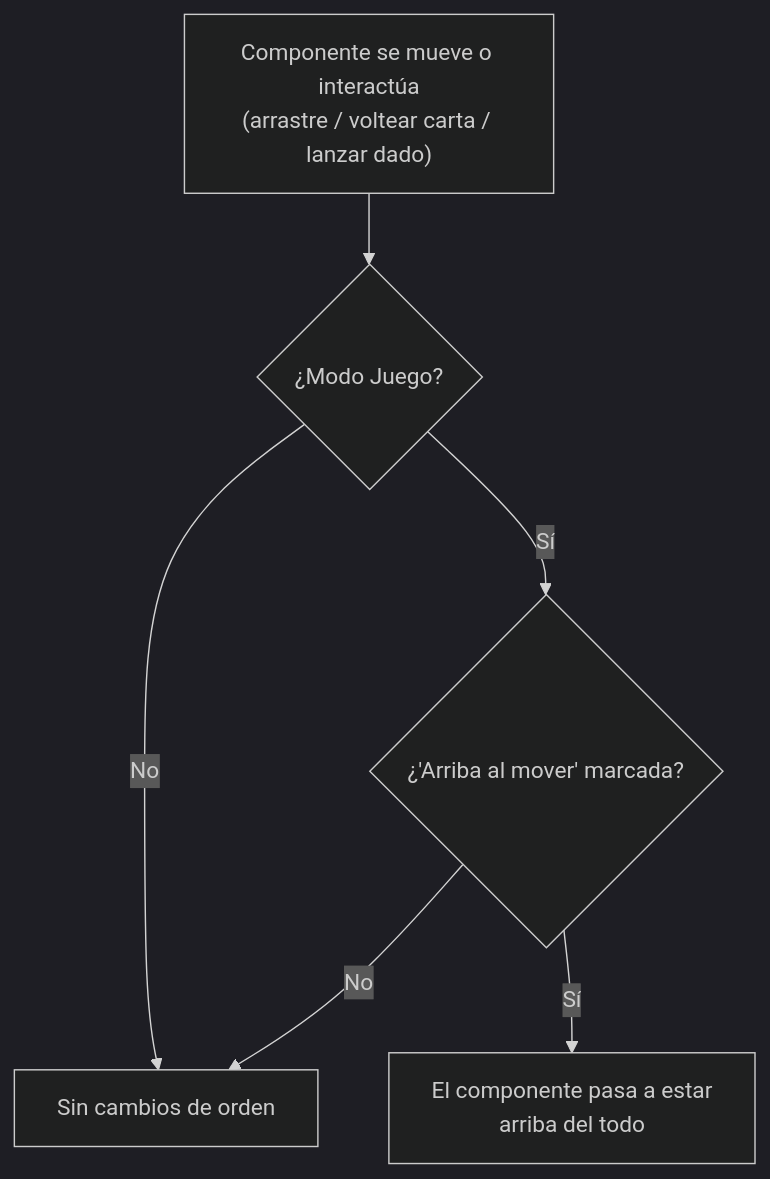
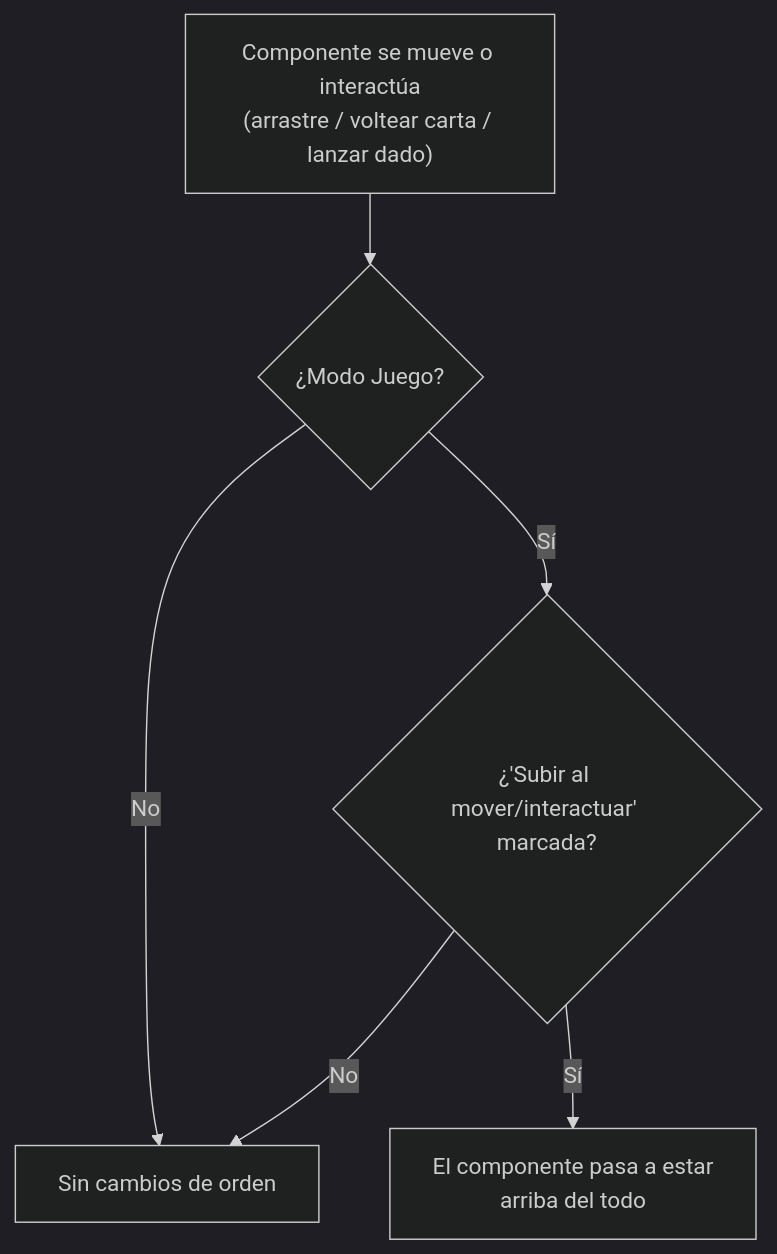
The diagram in changes/inProgress/00061/description.md (yeyopepe/bgfactory), drawn with Mermaid (dark theme) before and after one commit. The commit also changed other lines of this file and 1 other file, not shown here.

First line of the commit message:
Renombra la propiedad de change 00061 a "Subir al mover/interactuar"

````diff
--- a/changes/inProgress/00061/description.md
+++ b/changes/inProgress/00061/description.md
@@ -36,8 +40,8 @@
 ```mermaid
 flowchart TD
     A["Componente se mueve o interactúa\n(arrastre / voltear carta / lanzar dado)"] --> B{"¿Modo Juego?"}
     B -- No --> Z["Sin cambios de orden"]
-    B -- Sí --> C{"¿'Arriba al mover' marcada?"}
+    B -- Sí --> C{"¿'Subir al mover/interactuar' marcada?"}
     C -- No --> Z
     C -- Sí --> D["El componente pasa a estar\narriba del todo"]
 ```
````
